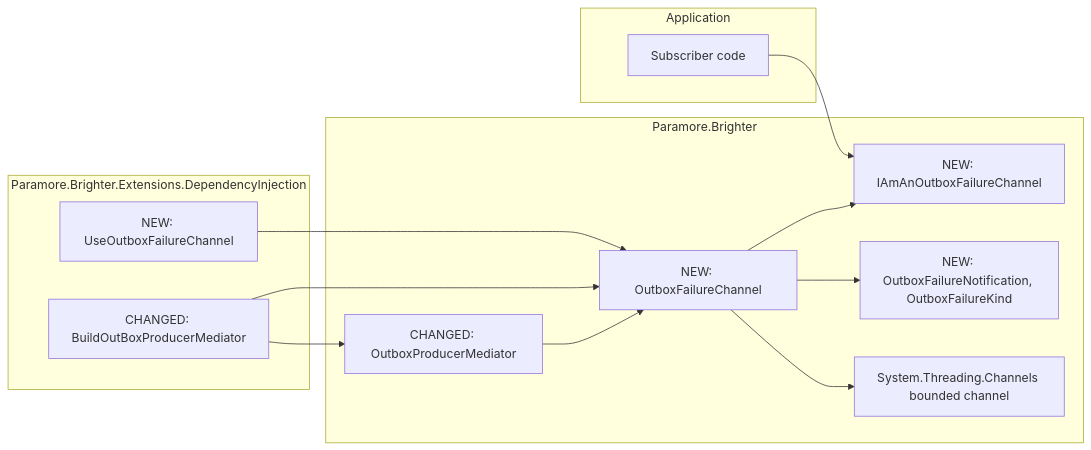
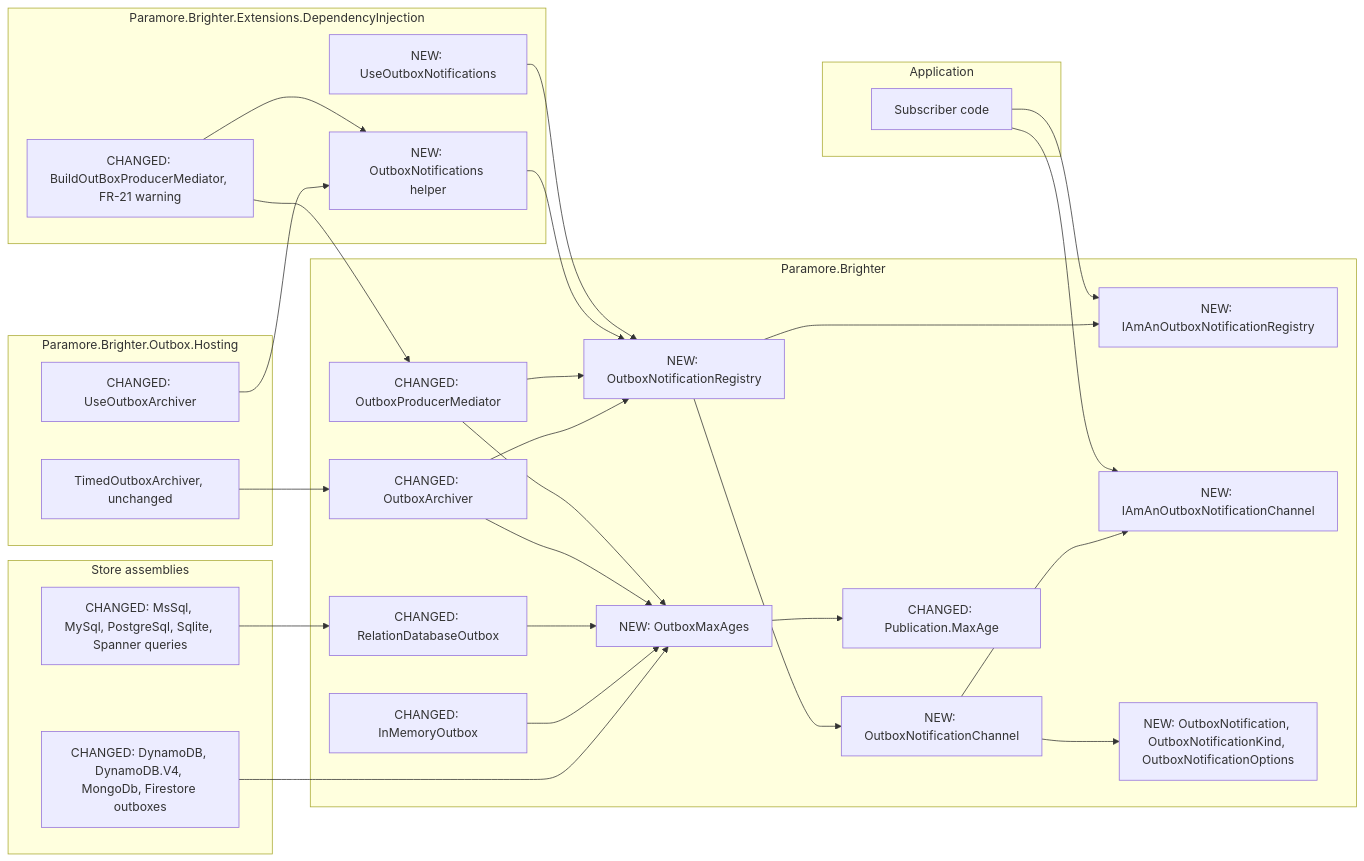
Before and after one commit to BrighterCommand/Brighter: the third of 3 diagrams in docs/adr/0093-outbox-failure-channel.md, drawn with Mermaid. The commit also changed other lines of this file and 1 other file, not shown here.

````diff
--- a/docs/adr/0093-outbox-failure-channel.md
+++ b/docs/adr/0093-outbox-failure-channel.md
@@ -137,25 +202,53 @@
 ```mermaid
 flowchart LR
     subgraph App["Application"]
         Sub["Subscriber code"]
     end
+    subgraph Hosting["Paramore.Brighter.Outbox.Hosting"]
+        UseArch["CHANGED: UseOutboxArchiver"]
+        Timed["TimedOutboxArchiver, unchanged"]
+    end
     subgraph DI["Paramore.Brighter.Extensions.DependencyInjection"]
-        Step["NEW: UseOutboxFailureChannel"]
-        Build["CHANGED: BuildOutBoxProducerMediator"]
+        Step["NEW: UseOutboxNotifications"]
+        Build["CHANGED: BuildOutBoxProducerMediator, FR-21 warning"]
+        Helper["NEW: OutboxNotifications helper"]
     end
     subgraph Core["Paramore.Brighter"]
-        Role["NEW: IAmAnOutboxFailureChannel"]
-        Failures["NEW: OutboxFailureChannel"]
-        Note1["NEW: OutboxFailureNotification, OutboxFailureKind"]
+        RegRole["NEW: IAmAnOutboxNotificationRegistry"]
+        Reg["NEW: OutboxNotificationRegistry"]
+        ChanRole["NEW: IAmAnOutboxNotificationChannel"]
+        Chan["NEW: OutboxNotificationChannel"]
+        Types["NEW: OutboxNotification, OutboxNotificationKind, OutboxNotificationOptions"]
+        Ages["NEW: OutboxMaxAges"]
+        Pub["CHANGED: Publication.MaxAge"]
         Med["CHANGED: OutboxProducerMediator"]
-        Chan["System.Threading.Channels bounded channel"]
+        Arch["CHANGED: OutboxArchiver"]
+        Rel["CHANGED: RelationDatabaseOutbox"]
+        Mem["CHANGED: InMemoryOutbox"]
     end
-    Sub --> Role
-    Failures --> Role
-    Step --> Failures
-    Build --> Failures
+    subgraph Stores["Store assemblies"]
+        Dialects["CHANGED: MsSql, MySql, PostgreSql, Sqlite, Spanner queries"]
+        Others["CHANGED: DynamoDB, DynamoDB.V4, MongoDb, Firestore outboxes"]
+    end
+    Sub --> RegRole
+    Sub --> ChanRole
+    Reg --> RegRole
+    Chan --> ChanRole
+    Reg --> Chan
+    Chan --> Types
+    Step --> Reg
+    Build --> Helper
+    UseArch --> Helper
+    Helper --> Reg
     Build --> Med
-    Med --> Failures
-    Failures --> Note1
-    Failures --> Chan
+    Med --> Reg
+    Med --> Ages
+    Arch --> Reg
+    Arch --> Ages
+    Ages --> Pub
+    Rel --> Ages
+    Mem --> Ages
+    Dialects --> Rel
+    Others --> Ages
+    Timed --> Arch
 ```
````
